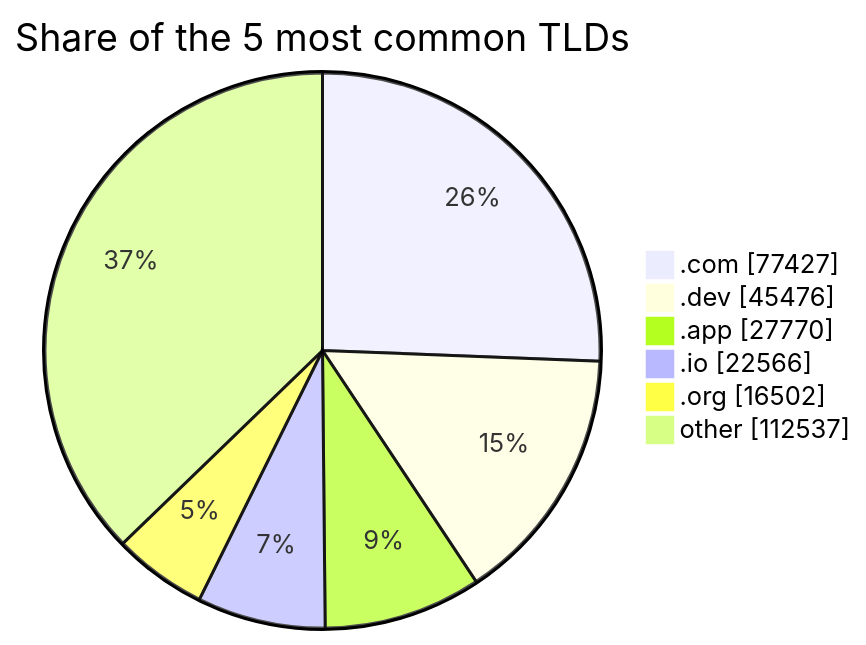
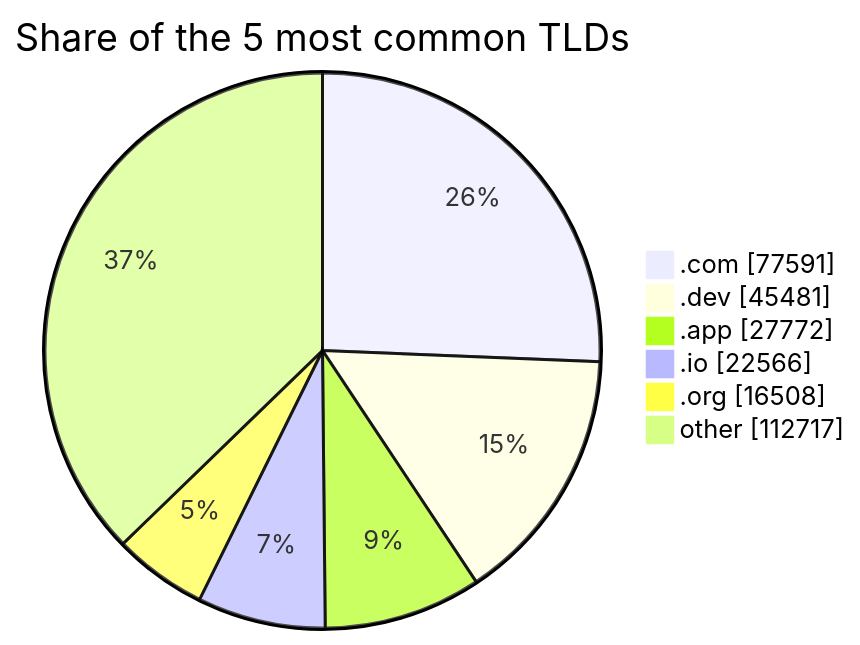
One commit to DNSBunker/CTI changed the third of 3 diagrams in README.md. Above: the diagram before and after it, drawn with Mermaid. The commit also changed other lines of this file and 3 other files, not shown here.

````diff
--- a/README.md
+++ b/README.md
@@ -81,9 +81,9 @@
 ```mermaid
 pie showData title Share of the 5 most common TLDs
-    ".com" : 77427
-    ".dev" : 45476
-    ".app" : 27770
+    ".com" : 77591
+    ".dev" : 45481
+    ".app" : 27772
     ".io" : 22566
-    ".org" : 16502
-    "other" : 112537
+    ".org" : 16508
+    "other" : 112717
 ```
````
